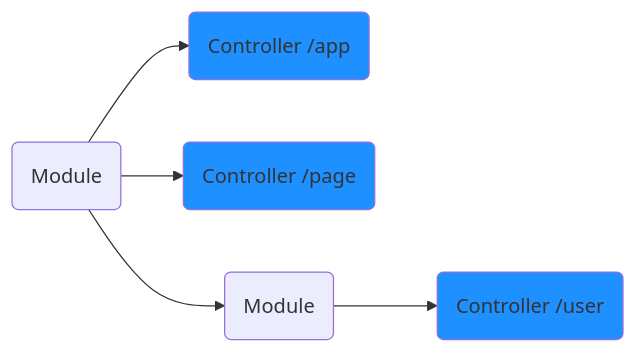
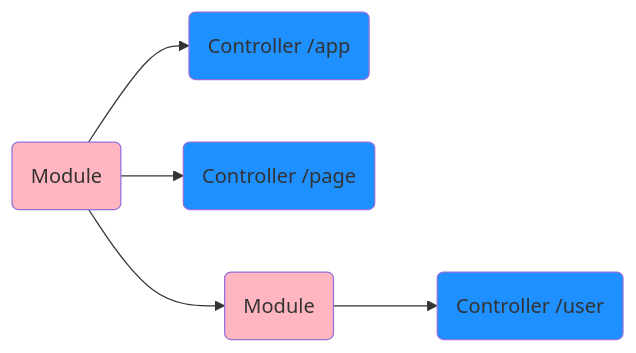
Before and after one commit to peque-ts/website: the diagram in docs/framework/modules.md, drawn with Mermaid. The commit also changed 1 other file, not shown here.

Commit message:
chore: adding missing classDef in modules and providers

````diff
--- a/docs/framework/modules.md
+++ b/docs/framework/modules.md
@@ -13,9 +13,10 @@
 ```mermaid
 graph LR
-  M1(Module) --> C1(Controller /app):::controller
+  M1(Module):::module --> C1(Controller /app):::controller
   M1 --> C2(Controller /page):::controller
-  M1 --> M2(Module)
+  M1 --> M2(Module):::module
   M2 --> C3(Controller /user):::controller
   
   classDef controller fill:DodgerBlue
+  classDef module fill:LightPink
 ```
````
